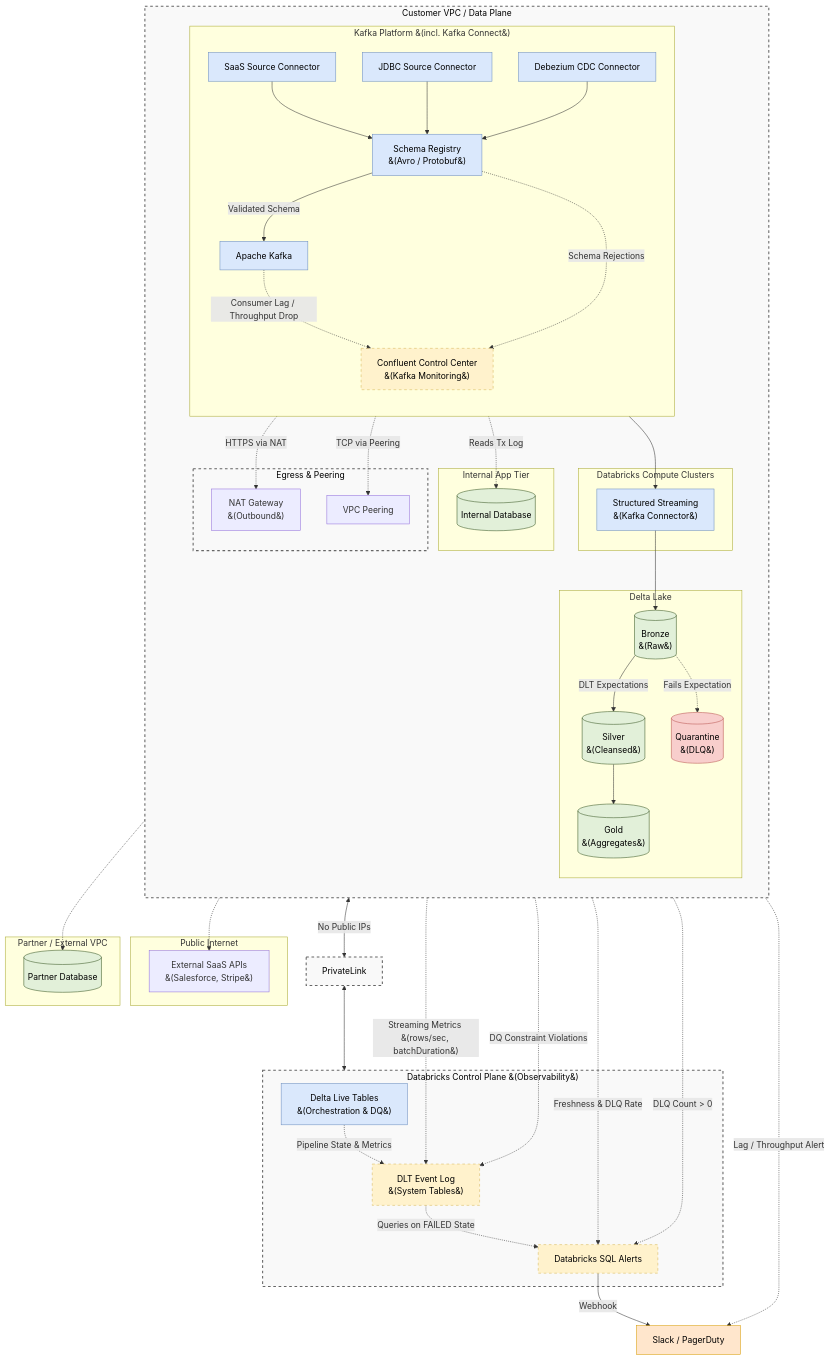
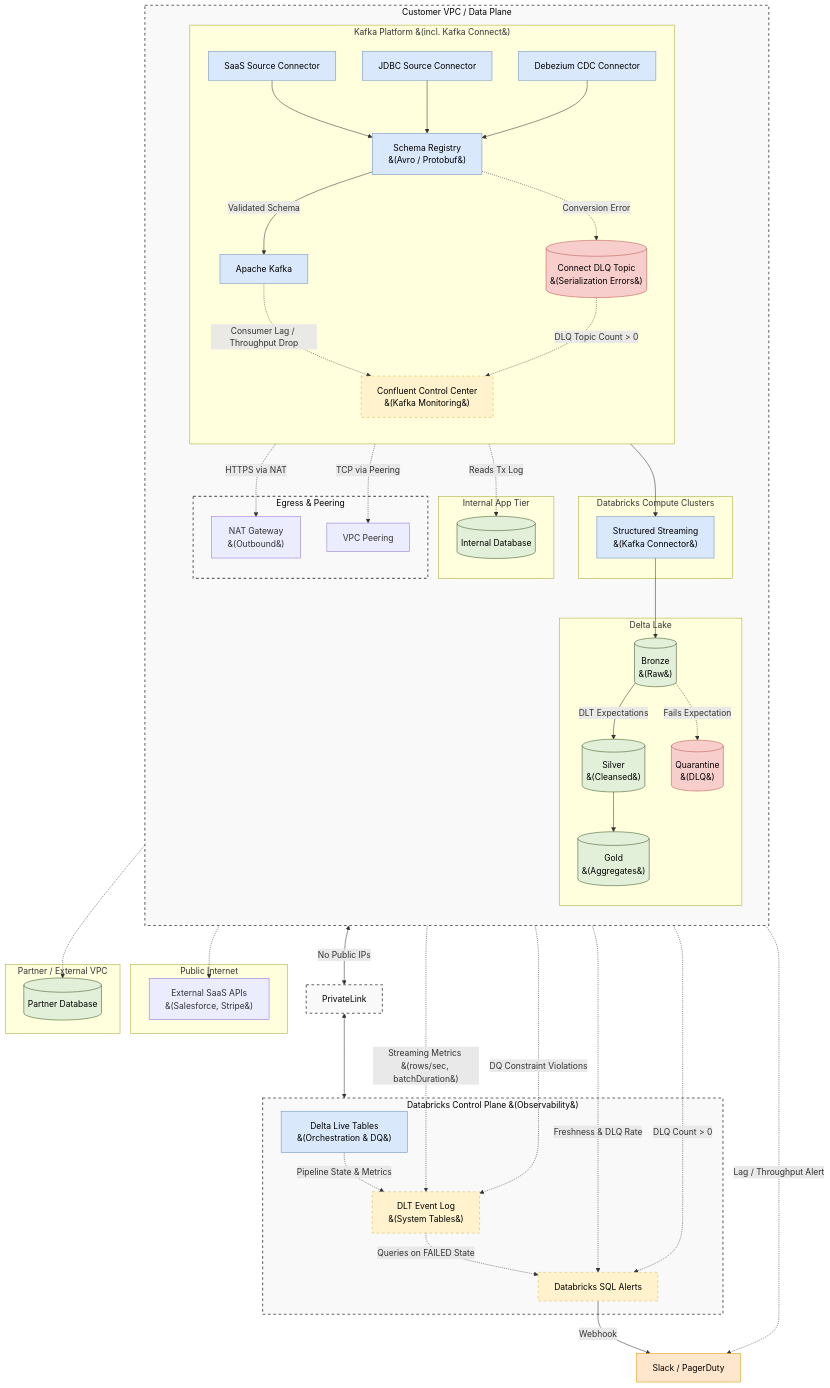
The diagram in databricks/realtime_ingestion_architecture.md (toanbui626391/data_architect), drawn with Mermaid before and after one commit. The commit also changed other lines of this file, not shown here.

Commit message:
update databrick realtime ingestion architect

```diff
--- a/databricks/realtime_ingestion_architecture.md
+++ b/databricks/realtime_ingestion_architecture.md
@@ -42,6 +42,7 @@
             CDCConn["Debezium CDC Connector"]
             SchemaReg["Schema Registry <br>&#40;Avro / Protobuf&#41;"]
             Kafka["Apache Kafka"]
+            KafkaDLQ[("Connect DLQ Topic <br>&#40;Serialization Errors&#41;")]
             CC["Confluent Control Center <br>&#40;Kafka Monitoring&#41;"]
         end
 
@@ -82,6 +83,7 @@
     PartnerConn --> SchemaReg
     CDCConn --> SchemaReg
     SchemaReg -->|Validated Schema| Kafka
+    SchemaReg -.->|Conversion Error| KafkaDLQ
     Kafka --> Spark
     
     %% Data Pipeline Flow
@@ -96,7 +98,7 @@
 
     %% Kafka-Side Monitoring &#40;Kafka ↔ Spark leg&#41;
     Kafka -.->|Consumer Lag / Throughput Drop| CC
-    SchemaReg -.->|Schema Rejections| CC
+    KafkaDLQ -.->|DLQ Topic Count > 0| CC
     CC -.->|Lag / Throughput Alert| Notification
 
     %% Spark-to-Bronze Monitoring
@@ -122,7 +124,7 @@
     
     class InternalDB,PartnerDB,Bronze,Silver,Gold storage;
     class SaaSConn,PartnerConn,CDCConn,SchemaReg,Kafka,Spark,DLT process;
-    class DLQ bad;
+    class DLQ,KafkaDLQ bad;
     class CC,EventLog,SQLAlert monitor;
     class CustomerVPC,ControlPlane,VPCE,NetworkEgress network;
     class Notification alert;
```
